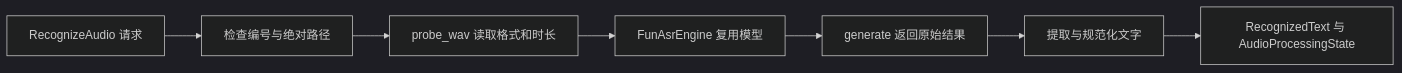
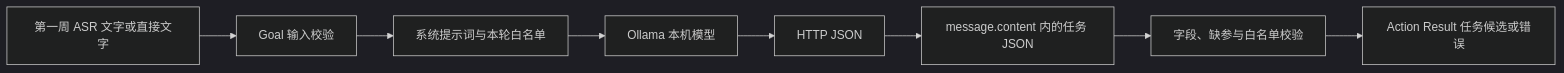
One commit to dreamcather726/ai-interaction-ui changed the first of 2 diagrams in docs/知识点/第二周/AI 端侧工程师｜第二周专业知识自学清单.md. Above: the diagram before and after it, drawn with Mermaid (dark theme). The commit also changed other lines of this file and 11 other files, not shown here.

````diff
--- a/docs/知识点/第二周/AI 端侧工程师｜第二周专业知识自学清单.md
+++ b/docs/知识点/第二周/AI 端侧工程师｜第二周专业知识自学清单.md
@@ -9,9 +9,10 @@
 ```mermaid
 flowchart LR
-    A[RecognizeAudio 请求] --> B[检查编号与绝对路径]
-    B --> C[probe_wav 读取格式和时长]
-    C --> D[FunAsrEngine 复用模型]
-    D --> E[generate 返回原始结果]
-    E --> F[提取与规范化文字]
-    F --> G[RecognizedText 与 AudioProcessingState]
+    A[第一周 ASR 文字或直接文字] --> B[Goal 输入校验]
+    B --> C[系统提示词与本轮白名单]
+    C --> D[Ollama 本机模型]
+    D --> E[HTTP JSON]
+    E --> F[message.content 内的任务 JSON]
+    F --> G[字段、缺参与白名单校验]
+    G --> H[Action Result 任务候选或错误]
 ```
````
